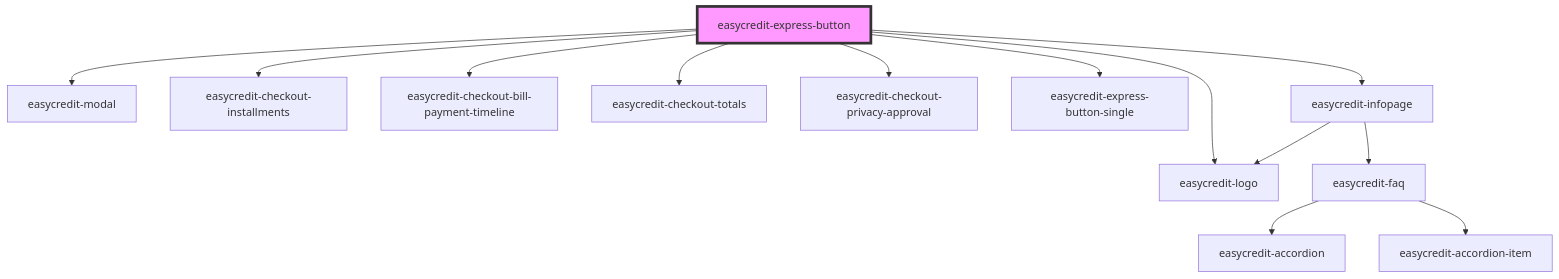
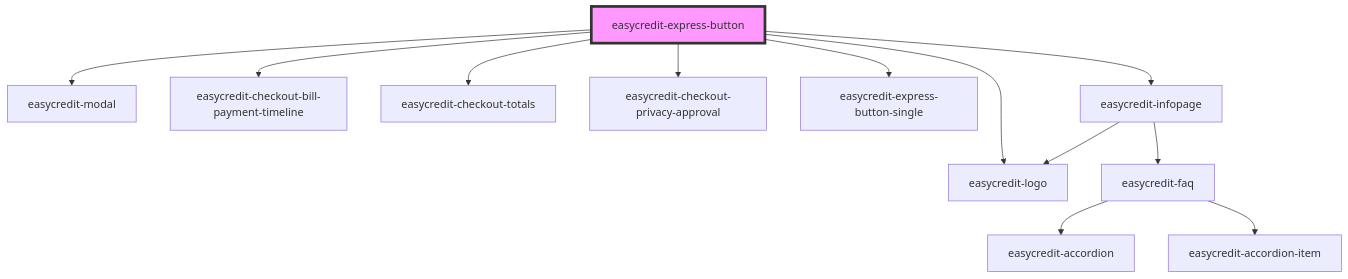
The diagram in src/components/easycredit-express-button/readme.md (teambank/easycredit-webcomponents), drawn with Mermaid before and after one commit. The commit also changed other lines of this file and 6 other files, not shown here.

````diff
--- a/src/components/easycredit-express-button/readme.md
+++ b/src/components/easycredit-express-button/readme.md
@@ -33,16 +32,15 @@
 ```mermaid
 graph TD;
   easycredit-express-button --> easycredit-modal
   easycredit-express-button --> easycredit-logo
-  easycredit-express-button --> easycredit-checkout-installments
   easycredit-express-button --> easycredit-checkout-bill-payment-timeline
   easycredit-express-button --> easycredit-checkout-totals
   easycredit-express-button --> easycredit-checkout-privacy-approval
   easycredit-express-button --> easycredit-express-button-single
   easycredit-express-button --> easycredit-infopage
   easycredit-infopage --> easycredit-logo
   easycredit-infopage --> easycredit-faq
   easycredit-faq --> easycredit-accordion
   easycredit-faq --> easycredit-accordion-item
   style easycredit-express-button fill:#f9f,stroke:#333,stroke-width:4px
 ```
````
